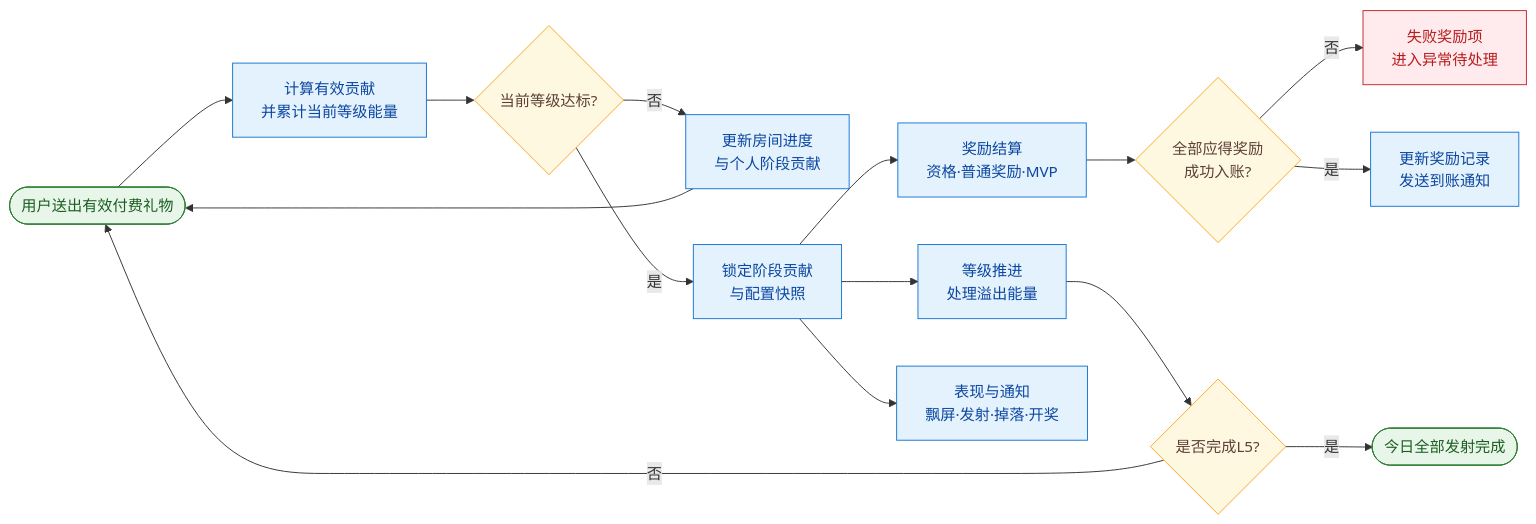
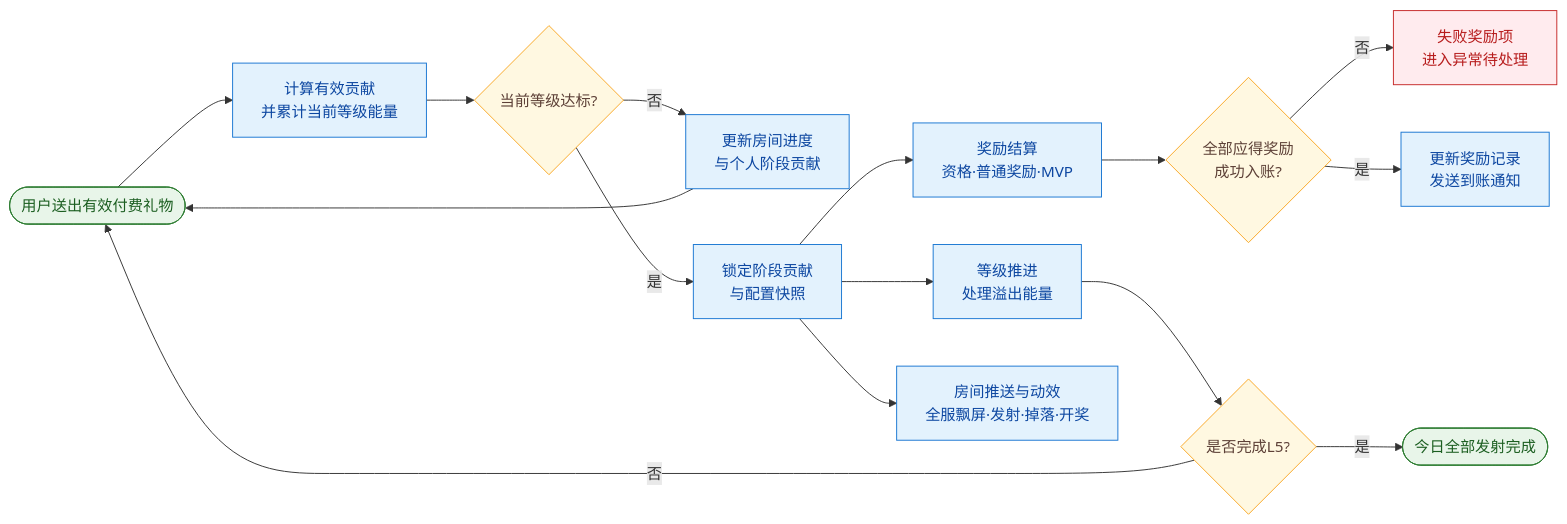
Before and after one commit to Chawucikela/TOP-KHALIJ: the first of 8 diagrams in 房间飞船挑战/房间飞船挑战-业务流程图.mmd, drawn with Mermaid. The commit also changed other lines of this file and 20 other files, not shown here.

````diff
--- a/房间飞船挑战/房间飞船挑战-业务流程图.mmd
+++ b/房间飞船挑战/房间飞船挑战-业务流程图.mmd
@@ -7,29 +7,29 @@
 ```mermaid
 flowchart LR
     A([用户送出有效付费礼物]) --> B[计算有效贡献<br/>并累计当前等级能量]
     B --> C{当前等级达标?}
     C -- 否 --> D[更新房间进度<br/>与个人阶段贡献]
     D --> A
     C -- 是 --> E[锁定阶段贡献<br/>与配置快照]
 
     E --> F[奖励结算<br/>资格·普通奖励·MVP]
     E --> G[等级推进<br/>处理溢出能量]
-    E --> H[表现与通知<br/>飘屏·发射·掉落·开奖]
+    E --> H[房间推送与动效<br/>全服飘屏·发射·掉落·开奖]
 
     F --> I{全部应得奖励<br/>成功入账?}
     I -- 否 --> J[失败奖励项<br/>进入异常待处理]
     I -- 是 --> K[更新奖励记录<br/>发送到账通知]
 
     G --> L{是否完成L5?}
     L -- 否 --> A
     L -- 是 --> M([今日全部发射完成])
 
     classDef startEnd fill:#E8F5E9,stroke:#2E7D32,color:#1B5E20;
     classDef decision fill:#FFF8E1,stroke:#F9A825,color:#5D4037;
     classDef process fill:#E3F2FD,stroke:#1976D2,color:#0D47A1;
     classDef exception fill:#FFEBEE,stroke:#C62828,color:#B71C1C;
     class A,M startEnd;
     class C,I,L decision;
     class B,D,E,F,G,H,K process;
     class J exception;
 ```
````
